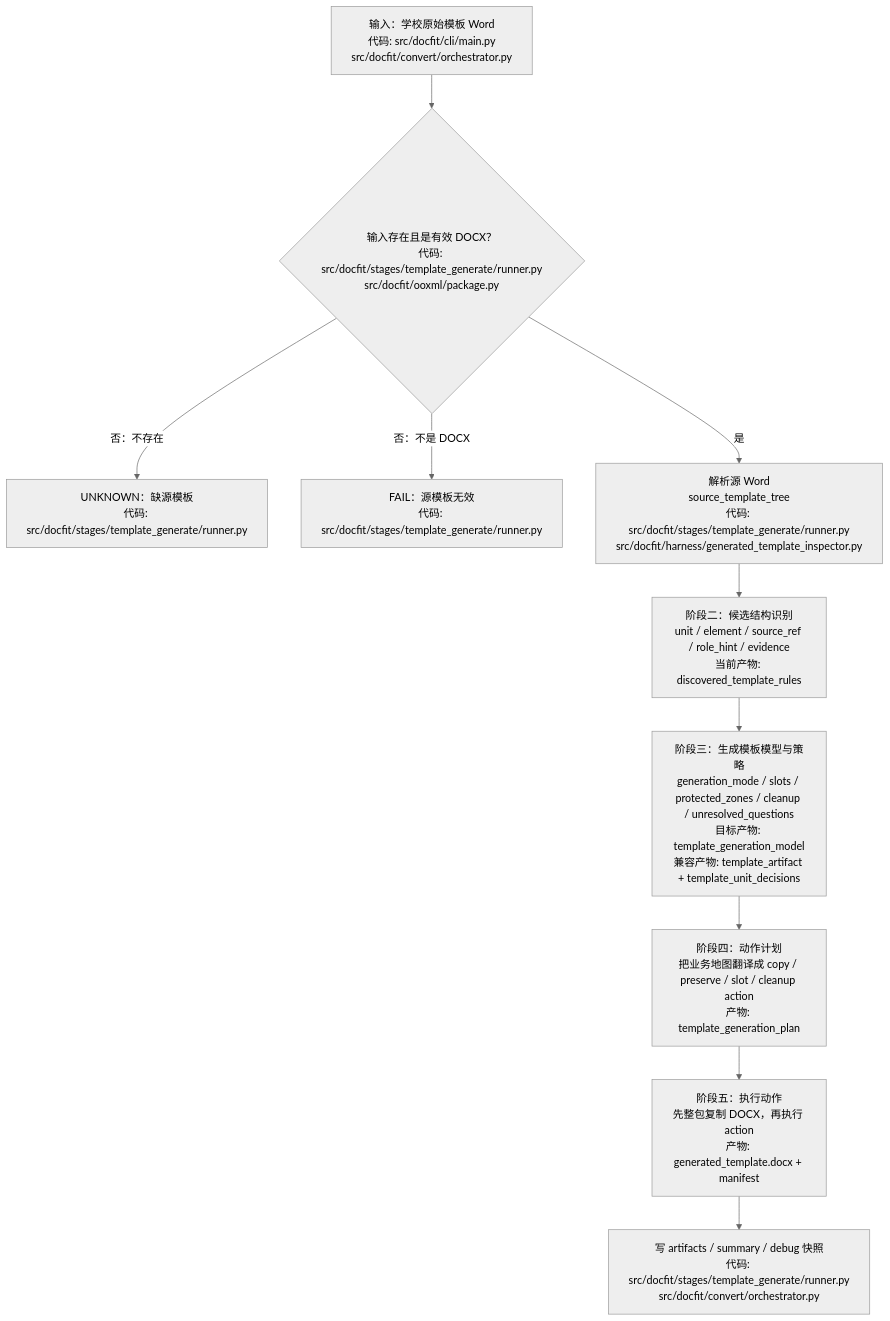
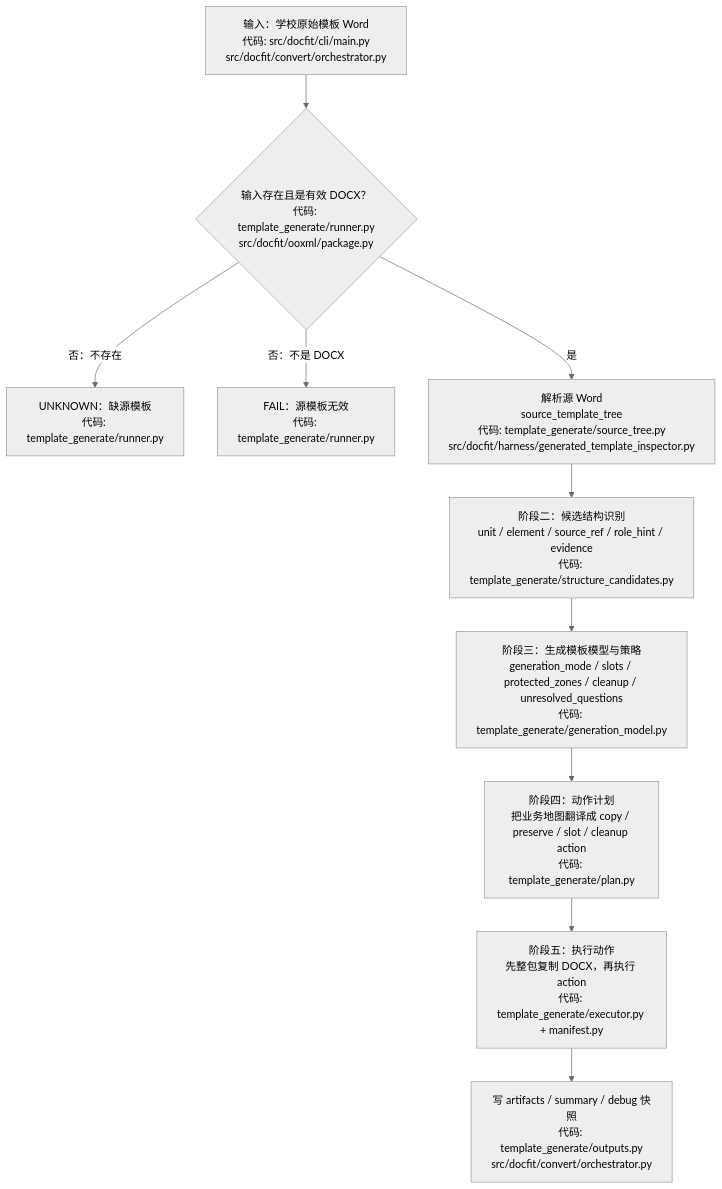
Before and after one commit to bamao88/docfit_v3: the first of 2 diagrams in docs/plans/template-generation-flow-optimization.md, drawn with Mermaid (neutral theme). The commit also changed other lines of this file and 3 other files, not shown here.

Commit message:
docs(template-generate): record runner split completion

````diff
--- a/docs/plans/template-generation-flow-optimization.md
+++ b/docs/plans/template-generation-flow-optimization.md
@@ -165,12 +165,12 @@
 ```mermaid
 flowchart TD
-  A["输入：学校原始模板 Word<br/>代码: src/docfit/cli/main.py<br/>src/docfit/convert/orchestrator.py"] --> B{"输入存在且是有效 DOCX？<br/>代码: src/docfit/stages/template_generate/runner.py<br/>src/docfit/ooxml/package.py"}
-  B -->|否：不存在| U["UNKNOWN：缺源模板<br/>代码: src/docfit/stages/template_generate/runner.py"]
-  B -->|否：不是 DOCX| V["FAIL：源模板无效<br/>代码: src/docfit/stages/template_generate/runner.py"]
-  B -->|是| C["解析源 Word<br/>source_template_tree<br/>代码: src/docfit/stages/template_generate/runner.py<br/>src/docfit/harness/generated_template_inspector.py"]
-  C --> D["阶段二：候选结构识别<br/>unit / element / source_ref / role_hint / evidence<br/>当前产物: discovered_template_rules"]
-  D --> E["阶段三：生成模板模型与策略<br/>generation_mode / slots / protected_zones / cleanup / unresolved_questions<br/>目标产物: template_generation_model<br/>兼容产物: template_artifact + template_unit_decisions"]
-  E --> F["阶段四：动作计划<br/>把业务地图翻译成 copy / preserve / slot / cleanup action<br/>产物: template_generation_plan"]
-  F --> G["阶段五：执行动作<br/>先整包复制 DOCX，再执行 action<br/>产物: generated_template.docx + manifest"]
-  G --> H["写 artifacts / summary / debug 快照<br/>代码: src/docfit/stages/template_generate/runner.py<br/>src/docfit/convert/orchestrator.py"]
+  A["输入：学校原始模板 Word<br/>代码: src/docfit/cli/main.py<br/>src/docfit/convert/orchestrator.py"] --> B{"输入存在且是有效 DOCX？<br/>代码: template_generate/runner.py<br/>src/docfit/ooxml/package.py"}
+  B -->|否：不存在| U["UNKNOWN：缺源模板<br/>代码: template_generate/runner.py"]
+  B -->|否：不是 DOCX| V["FAIL：源模板无效<br/>代码: template_generate/runner.py"]
+  B -->|是| C["解析源 Word<br/>source_template_tree<br/>代码: template_generate/source_tree.py<br/>src/docfit/harness/generated_template_inspector.py"]
+  C --> D["阶段二：候选结构识别<br/>unit / element / source_ref / role_hint / evidence<br/>代码: template_generate/structure_candidates.py"]
+  D --> E["阶段三：生成模板模型与策略<br/>generation_mode / slots / protected_zones / cleanup / unresolved_questions<br/>代码: template_generate/generation_model.py"]
+  E --> F["阶段四：动作计划<br/>把业务地图翻译成 copy / preserve / slot / cleanup action<br/>代码: template_generate/plan.py"]
+  F --> G["阶段五：执行动作<br/>先整包复制 DOCX，再执行 action<br/>代码: template_generate/executor.py + manifest.py"]
+  G --> H["写 artifacts / summary / debug 快照<br/>代码: template_generate/outputs.py<br/>src/docfit/convert/orchestrator.py"]
 ```
````
